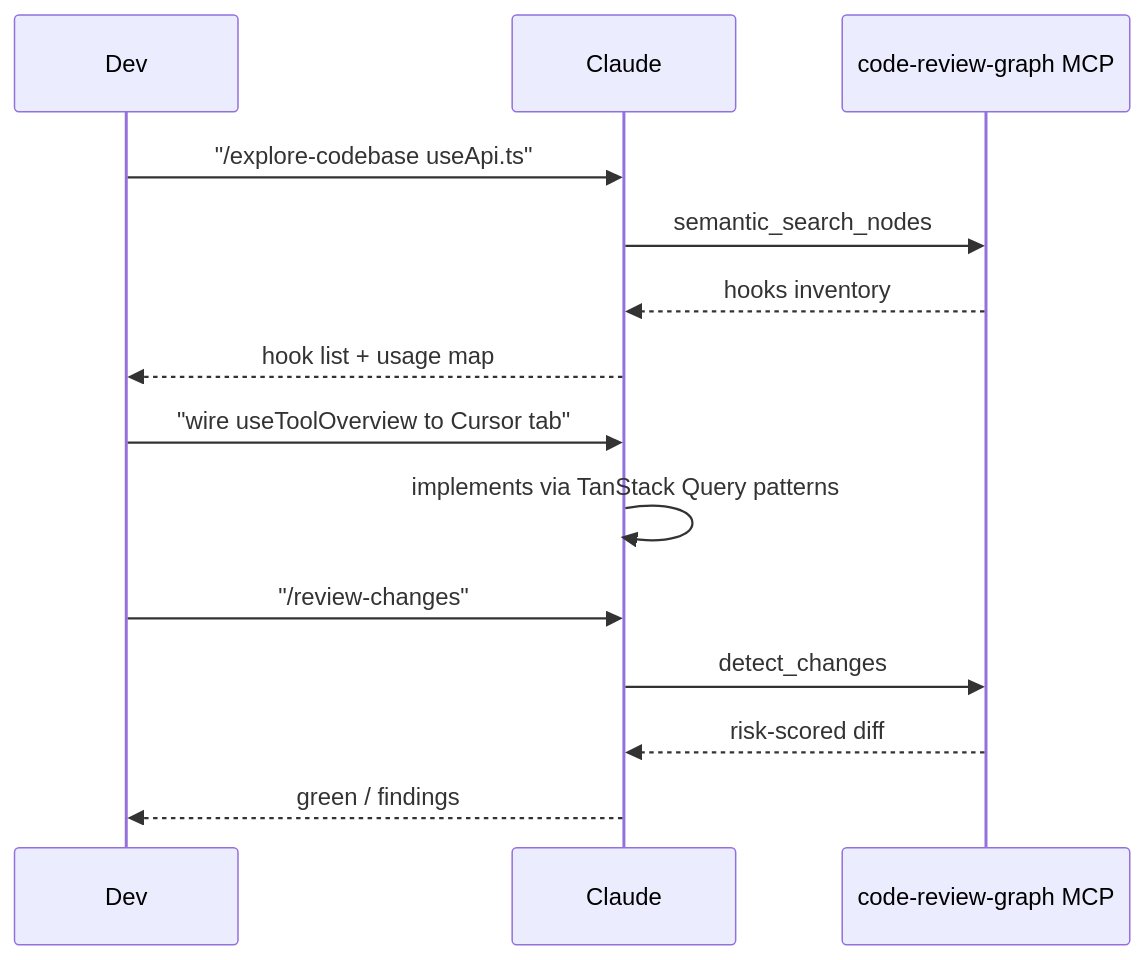
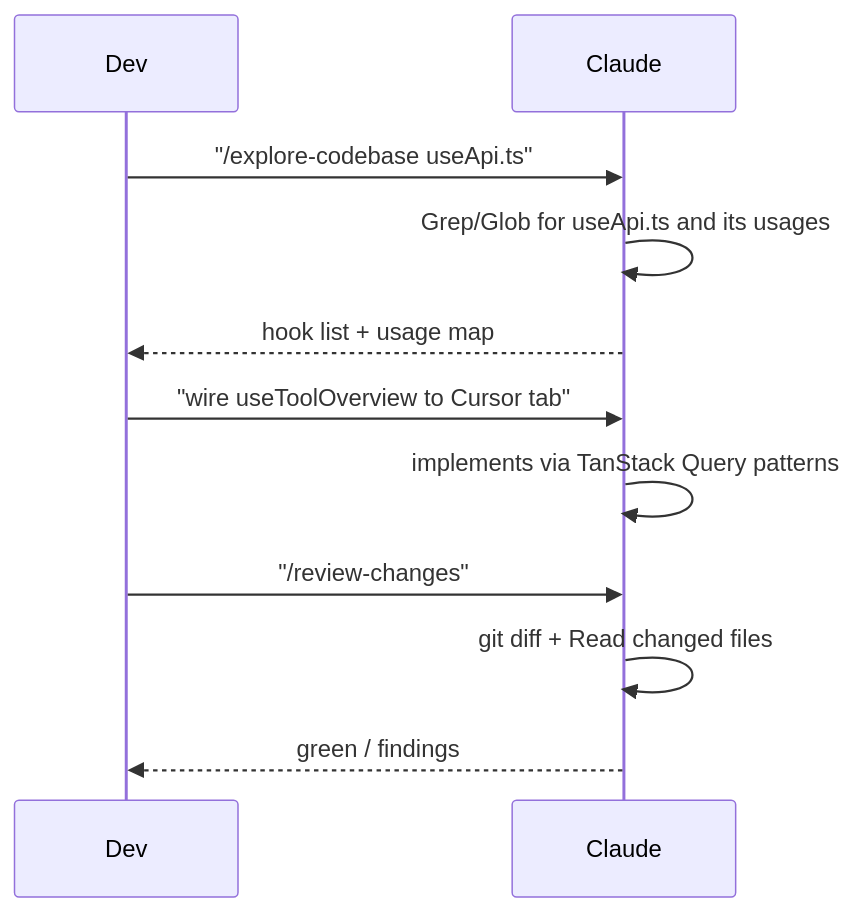
The sixth of 7 diagrams in AGENTS.md (AixleHQ/insights), drawn with Mermaid before and after one commit. The commit also changed other lines of this file and 14 other files, not shown here.

First line of the commit message:
[tooling] Remove knowledge-graph MCP references from all tooling docs and commands

````diff
--- a/AGENTS.md
+++ b/AGENTS.md
@@ -234,17 +234,14 @@
 ```mermaid
 sequenceDiagram
     participant Dev
     participant Claude
-    participant Graph as code-review-graph MCP
 
     Dev->>Claude: "/explore-codebase useApi.ts"
-    Claude->>Graph: semantic_search_nodes
-    Graph-->>Claude: hooks inventory
+    Claude->>Claude: Grep/Glob for useApi.ts and its usages
     Claude-->>Dev: hook list + usage map
     Dev->>Claude: "wire useToolOverview to Cursor tab"
     Claude->>Claude: implements via TanStack Query patterns
     Dev->>Claude: "/review-changes"
-    Claude->>Graph: detect_changes
-    Graph-->>Claude: risk-scored diff
+    Claude->>Claude: git diff + Read changed files
     Claude-->>Dev: green / findings
 ```
````
